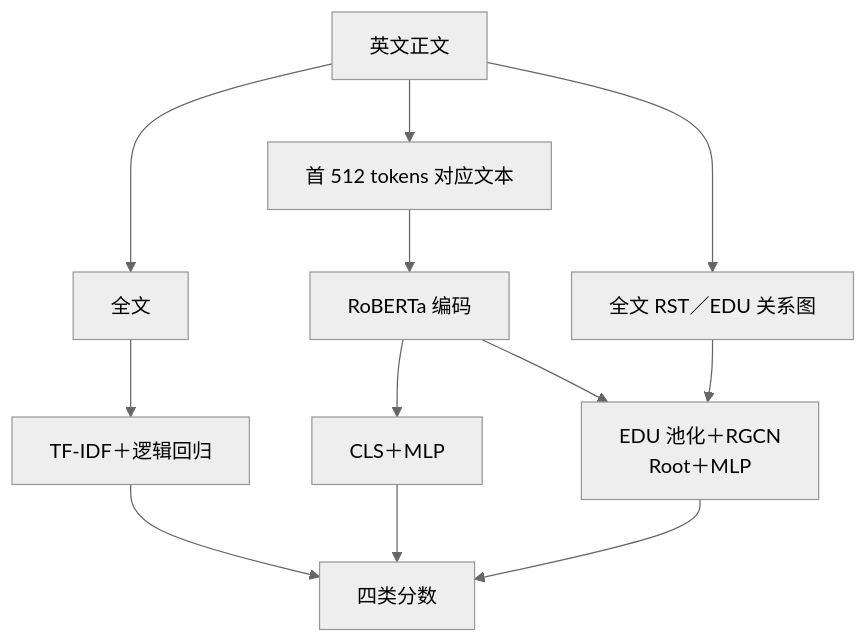
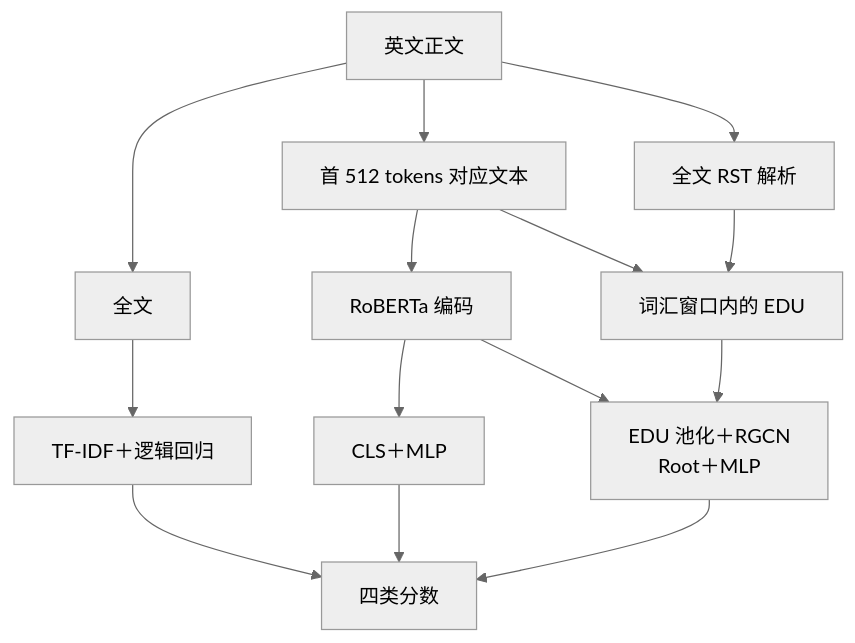
Before and after one commit to Realsbt/ee6405-nlp-project: the diagram in README.zh-CN.md, drawn with Mermaid (neutral theme). The commit also changed other lines of this file and 1 other file, not shown here.

Commit message:
Correct the RACE graph scope in the pipeline diagram
The diagram claimed a full-text RST/EDU relation graph. The RST parse does
cover the whole document, but the graph only keeps EDUs inside the
512-token lexical window, because EDU features come from the encoder. On
a 9,000-character document the parser returns 179 EDUs and the graph keeps
57.

````diff
--- a/README.zh-CN.md
+++ b/README.zh-CN.md
@@ -50,14 +50,16 @@
 ```mermaid
 flowchart TB
     T["英文正文"] --> V["首 512 tokens 对应文本"]
     T --> W["全文"]
     W --> F["TF-IDF＋逻辑回归"]
     V --> B["RoBERTa 编码"]
     B --> C["CLS＋MLP"]
-    T --> G["全文 RST／EDU 关系图"]
+    T --> G["全文 RST 解析"]
+    V --> E["词汇窗口内的 EDU"]
+    G --> E
     B --> R["EDU 池化＋RGCN<br/>Root＋MLP"]
-    G --> R
+    E --> R
     F --> Y["四类分数"]
     C --> Y
     R --> Y
 ```
````
